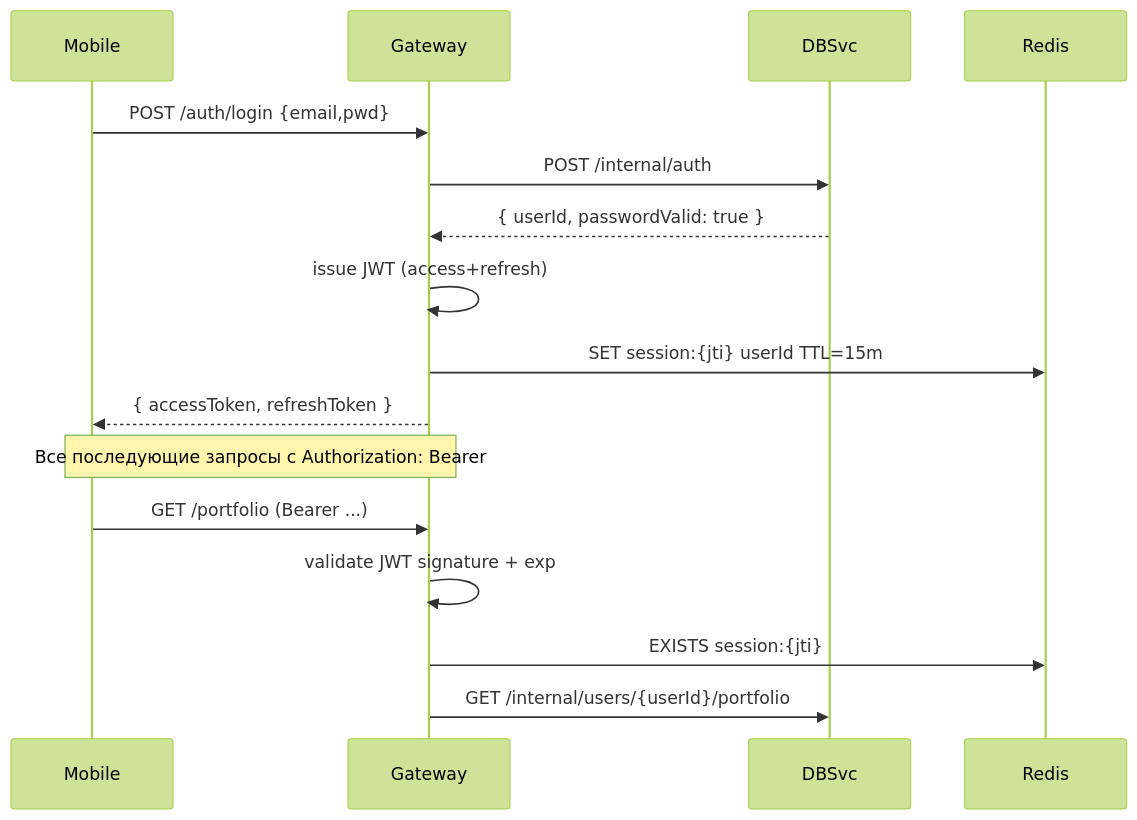
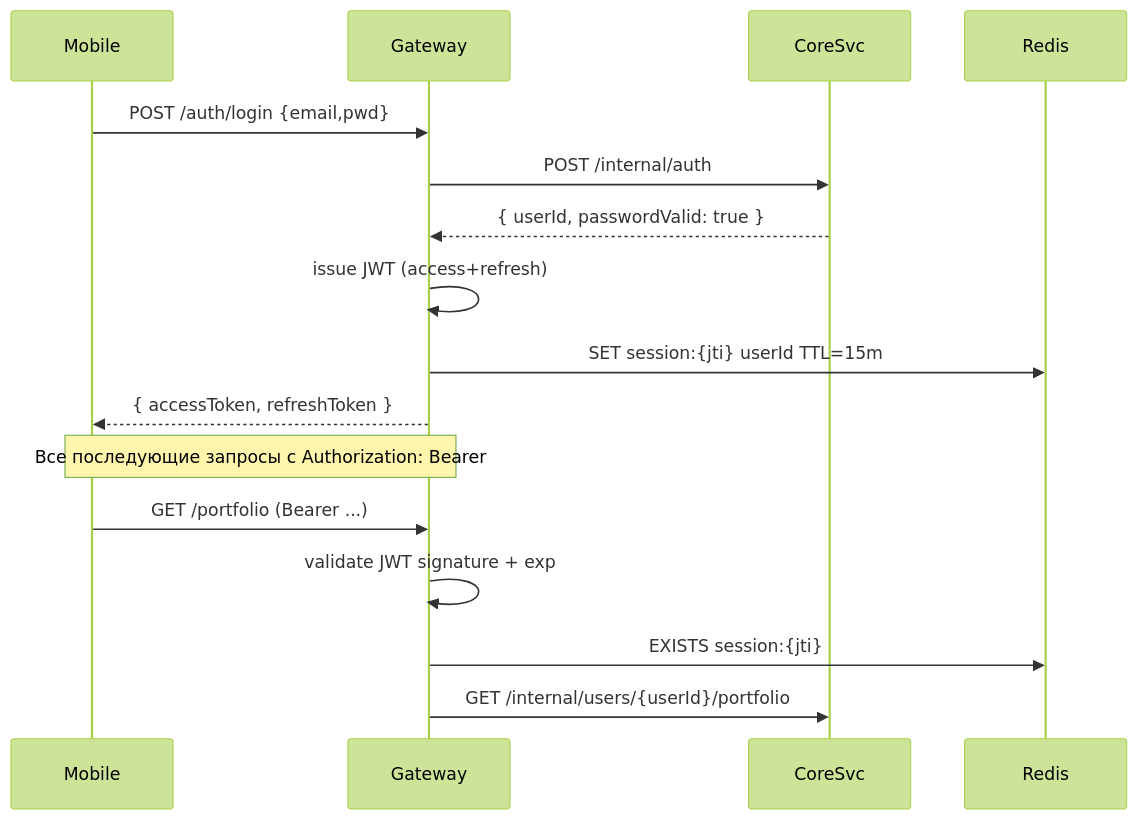
Before and after one commit to r4m63/Stockyard: the second of 2 diagrams in docs/architecture/05-communication.md, drawn with Mermaid (forest theme). The commit also changed other lines of this file and 26 other files, not shown here.

````diff
--- a/docs/architecture/05-communication.md
+++ b/docs/architecture/05-communication.md
@@ -401,15 +401,15 @@
 ```mermaid
 sequenceDiagram
     Mobile ->> Gateway: POST /auth/login {email,pwd}
-    Gateway ->> DBSvc: POST /internal/auth
-    DBSvc -->> Gateway: { userId, passwordValid: true }
+    Gateway ->> CoreSvc: POST /internal/auth
+    CoreSvc -->> Gateway: { userId, passwordValid: true }
     Gateway ->> Gateway: issue JWT (access+refresh)
     Gateway ->> Redis: SET session:{jti} userId TTL=15m
     Gateway -->> Mobile: { accessToken, refreshToken }
 
     Note over Mobile,Gateway: Все последующие запросы с Authorization: Bearer
     Mobile ->> Gateway: GET /portfolio (Bearer ...)
     Gateway ->> Gateway: validate JWT signature + exp
     Gateway ->> Redis: EXISTS session:{jti}
-    Gateway ->> DBSvc: GET /internal/users/{userId}/portfolio
+    Gateway ->> CoreSvc: GET /internal/users/{userId}/portfolio
 ```
````
